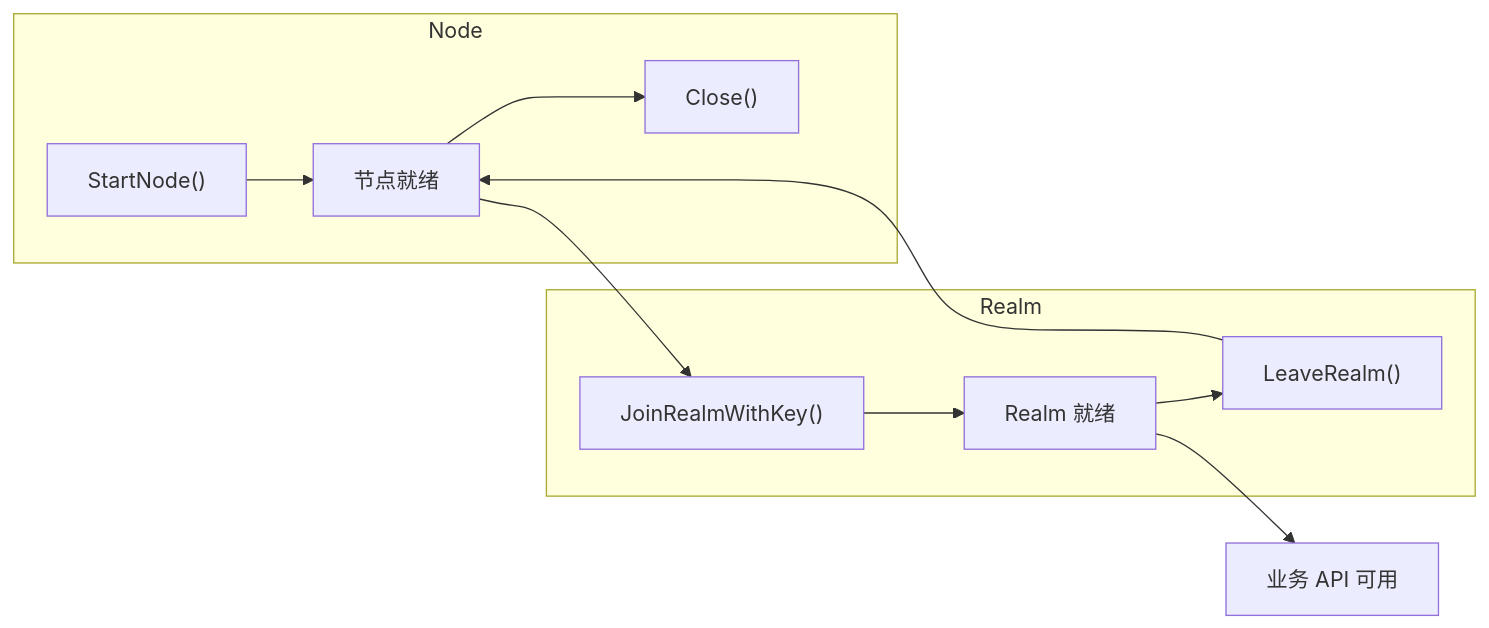
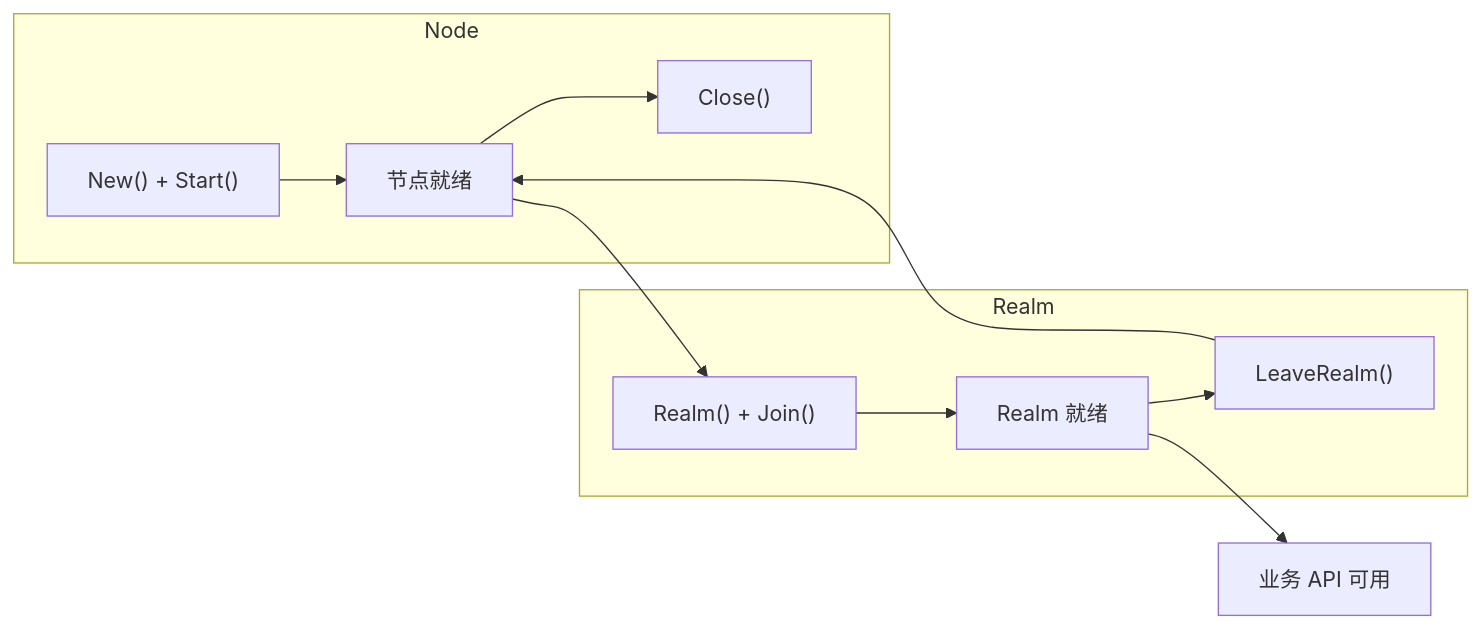
Before and after one commit to dep2p/go-dep2p: the diagram in docs/zh/reference/api-defaults.md, drawn with Mermaid. The commit also changed other lines of this file and 2026 other files, not shown here.

````diff
--- a/docs/zh/reference/api-defaults.md
+++ b/docs/zh/reference/api-defaults.md
@@ -87,16 +87,16 @@
 ```mermaid
 flowchart LR
     subgraph Node
-        N1["StartNode()"] --> N2["节点就绪"]
+        N1["New() + Start()"] --> N2["节点就绪"]
         N2 --> N3["Close()"]
     end
     
     subgraph Realm
-        R1["JoinRealmWithKey()"] --> R2["Realm 就绪"]
+        R1["Realm() + Join()"] --> R2["Realm 就绪"]
         R2 --> R3["LeaveRealm()"]
     end
     
     N2 --> R1
     R3 --> N2
     R2 --> BizAPI["业务 API 可用"]
 ```
````
